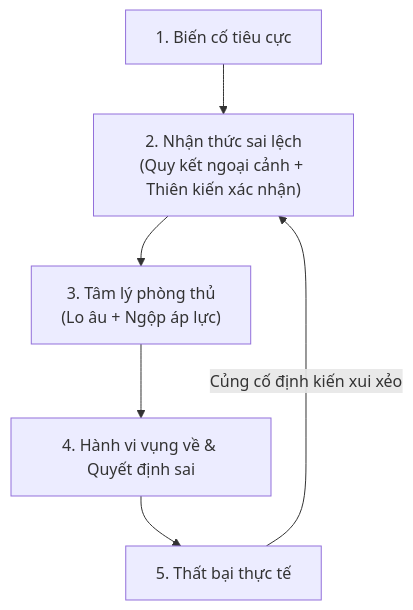
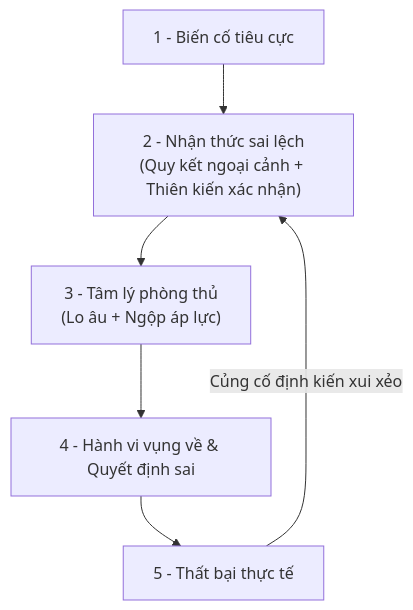
One commit to justinkaxau/mercury changed the first of 2 diagrams in content/May mắn - Lăng kính nhận thức và cơ hội.md. Above: the diagram before and after it, drawn with Mermaid. The commit also changed other lines of this file and 1 other file, not shown here.

Commit message:
fix(content): fix mermaid node list formatting for published notes

````diff
--- a/content/May mắn - Lăng kính nhận thức và cơ hội.md
+++ b/content/May mắn - Lăng kính nhận thức và cơ hội.md
@@ -15,8 +15,8 @@
 ```mermaid
 flowchart TD
-    A["1. Biến cố tiêu cực"] --> B["2. Nhận thức sai lệch\n(Quy kết ngoại cảnh + Thiên kiến xác nhận)"]
-    B --> C["3. Tâm lý phòng thủ\n(Lo âu + Ngộp áp lực)"]
-    C --> D["4. Hành vi vụng về & Quyết định sai"]
-    D --> E["5. Thất bại thực tế"]
+    A["1 - Biến cố tiêu cực"] --> B["2 - Nhận thức sai lệch\n(Quy kết ngoại cảnh + Thiên kiến xác nhận)"]
+    B --> C["3 - Tâm lý phòng thủ\n(Lo âu + Ngộp áp lực)"]
+    C --> D["4 - Hành vi vụng về & Quyết định sai"]
+    D --> E["5 - Thất bại thực tế"]
     E -- "Củng cố định kiến xui xẻo" --> B
 ```
````
